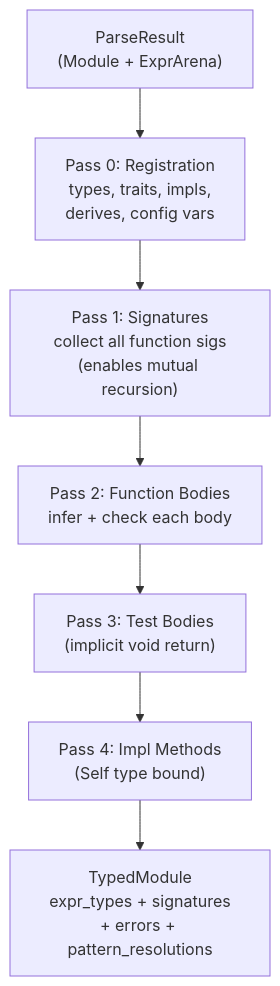
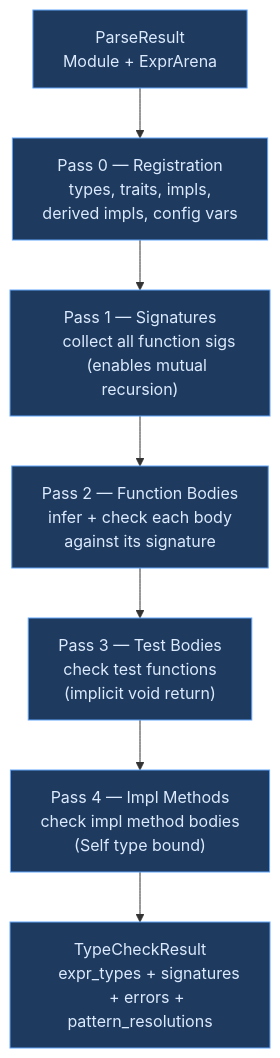
The second of 2 diagrams in docs/compiler/design/05-type-system/index.md (upstat-io/ori-lang), drawn with Mermaid before and after one commit. The commit also changed other lines of this file and 152 other files, not shown here.

````diff
--- a/docs/compiler/design/05-type-system/index.md
+++ b/docs/compiler/design/05-type-system/index.md
@@ -94,20 +139,26 @@
 ```mermaid
 flowchart TB
     input["ParseResult
-(Module + ExprArena)"] --> p0
-    p0["Pass 0: Registration
-types, traits, impls,
-derives, config vars"] --> p1
-    p1["Pass 1: Signatures
-collect all function sigs
-(enables mutual recursion)"] --> p2
-    p2["Pass 2: Function Bodies
-infer + check each body"] --> p3
-    p3["Pass 3: Test Bodies
-(implicit void return)"] --> p4
-    p4["Pass 4: Impl Methods
-(Self type bound)"] --> output
-    output["TypedModule
-expr_types + signatures
-+ errors + pattern_resolutions"]
+    Module + ExprArena"] --> p0
+    p0["Pass 0 — Registration
+    types, traits, impls,
+    derived impls, config vars"] --> p1
+    p1["Pass 1 — Signatures
+    collect all function sigs
+    (enables mutual recursion)"] --> p2
+    p2["Pass 2 — Function Bodies
+    infer + check each body
+    against its signature"] --> p3
+    p3["Pass 3 — Test Bodies
+    check test functions
+    (implicit void return)"] --> p4
+    p4["Pass 4 — Impl Methods
+    check impl method bodies
+    (Self type bound)"] --> output
+    output["TypeCheckResult
+    expr_types + signatures
+    + errors + pattern_resolutions"]
+
+    classDef frontend fill:#1e3a5f,stroke:#60a5fa,color:#dbeafe
+    class input,p0,p1,p2,p3,p4,output frontend
 ```
````
